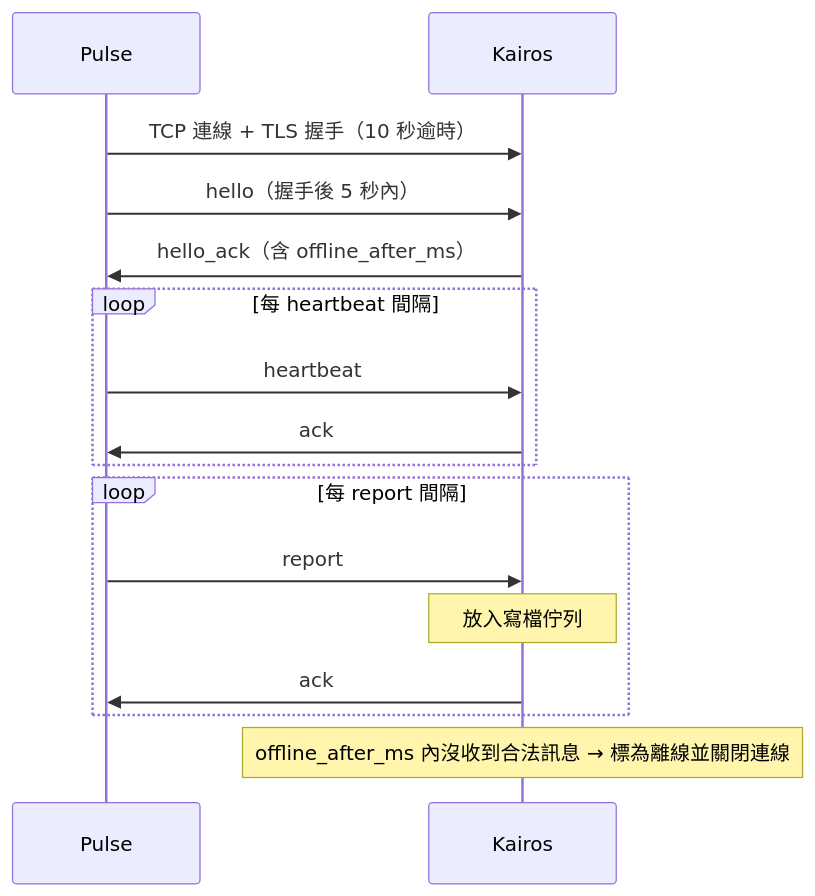
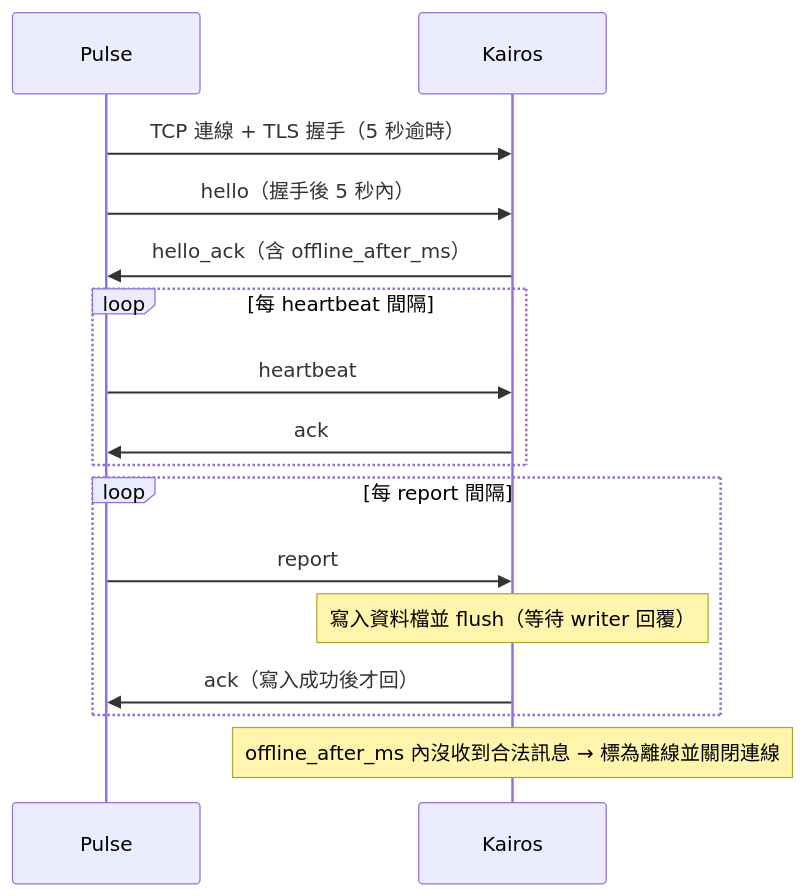
The diagram in kairos/README.md (tenghongzou/kairos-pulse), drawn with Mermaid before and after one commit. The commit also changed other lines of this file and 19 other files, not shown here.

````diff
--- a/kairos/README.md
+++ b/kairos/README.md
@@ -304,18 +313,18 @@
 ```mermaid
 sequenceDiagram
     participant P as Pulse
     participant K as Kairos
-    P->>K: TCP 連線 + TLS 握手（10 秒逾時）
+    P->>K: TCP 連線 + TLS 握手（5 秒逾時）
     P->>K: hello（握手後 5 秒內）
     K->>P: hello_ack（含 offline_after_ms）
     loop 每 heartbeat 間隔
         P->>K: heartbeat
         K->>P: ack
     end
     loop 每 report 間隔
         P->>K: report
-        Note over K: 放入寫檔佇列
-        K->>P: ack
+        Note over K: 寫入資料檔並 flush（等待 writer 回覆）
+        K->>P: ack（寫入成功後才回）
     end
     Note over K: offline_after_ms 內沒收到合法訊息 → 標為離線並關閉連線
 ```
````
